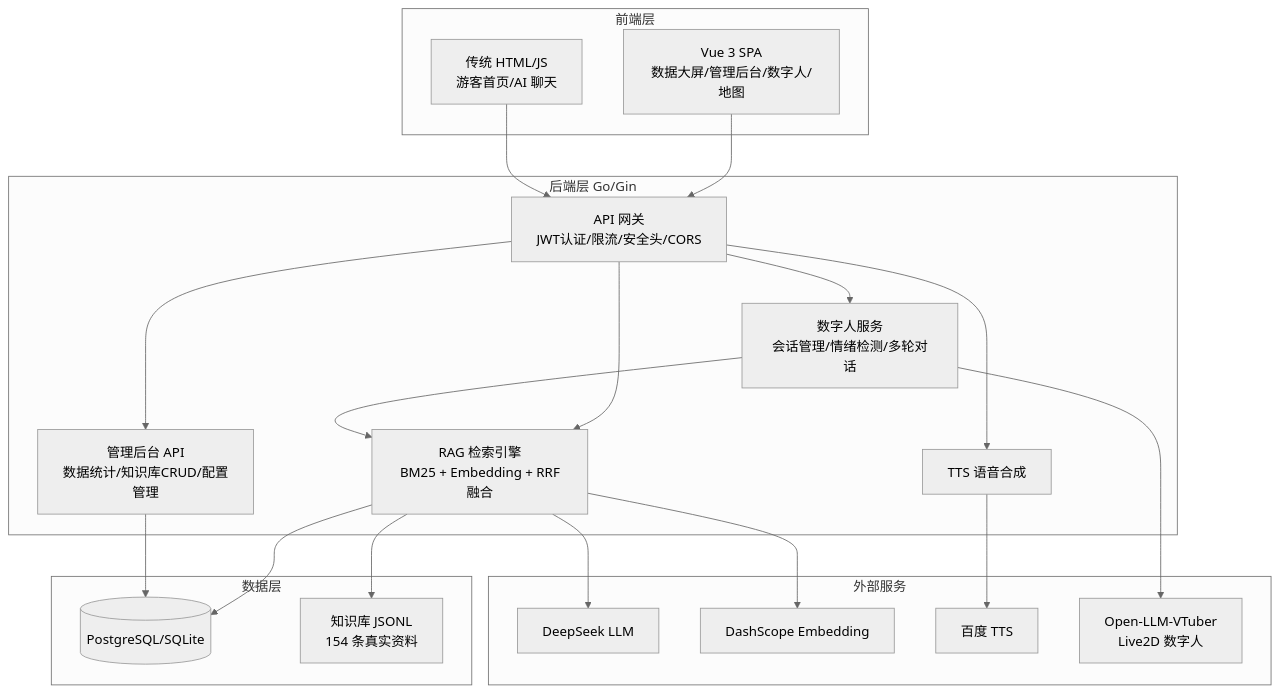
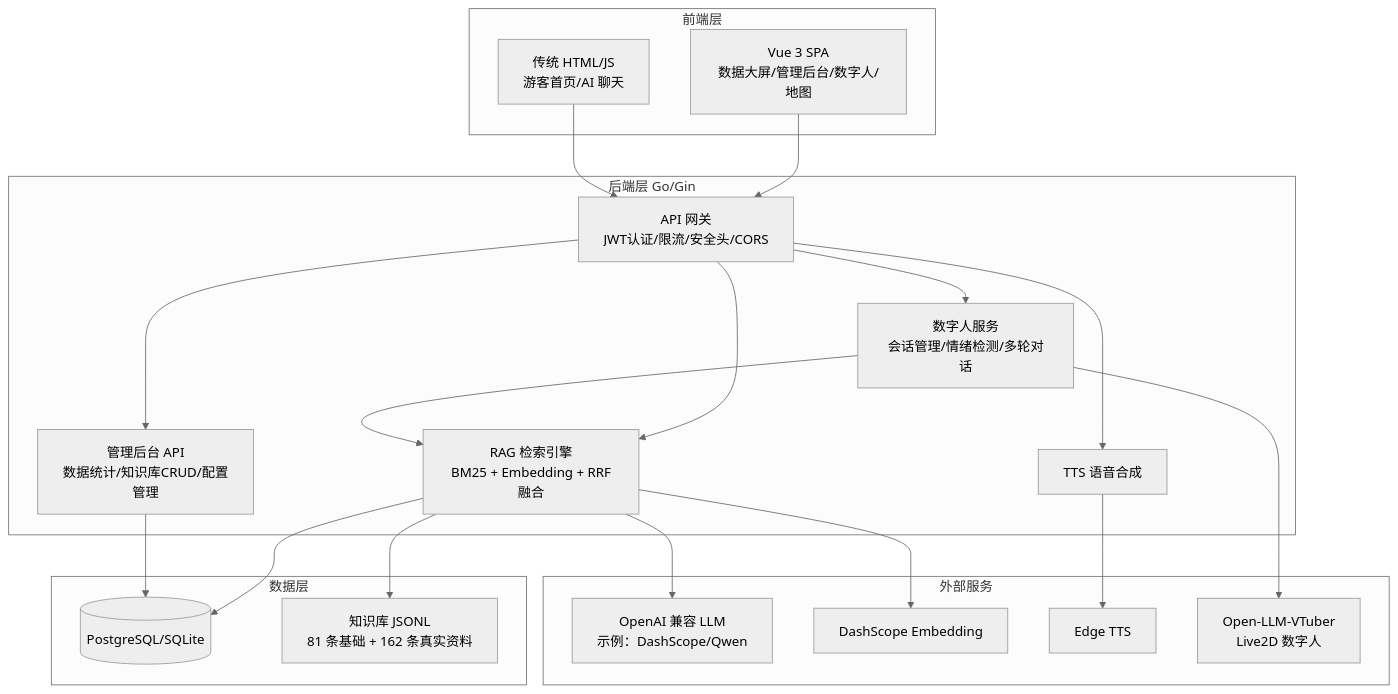
Before and after one commit to 4evour/Scenic_spot_guide_system: the first of 2 diagrams in README.md, drawn with Mermaid (neutral theme). The commit also changed other lines of this file, not shown here.

````diff
--- a/README.md
+++ b/README.md
@@ -9,36 +22,36 @@
 ```mermaid
 graph TB
     subgraph 前端层
         A[Vue 3 SPA<br/>数据大屏/管理后台/数字人/地图]
         B[传统 HTML/JS<br/>游客首页/AI 聊天]
     end
 
     subgraph 后端层 Go/Gin
         C[API 网关<br/>JWT认证/限流/安全头/CORS]
         D[RAG 检索引擎<br/>BM25 + Embedding + RRF融合]
         E[数字人服务<br/>会话管理/情绪检测/多轮对话]
         F[管理后台 API<br/>数据统计/知识库CRUD/配置管理]
         G[TTS 语音合成]
     end
 
     subgraph 数据层
         H[(PostgreSQL/SQLite)]
-        I[知识库 JSONL<br/>154 条真实资料]
+        I[知识库 JSONL<br/>81 条基础 + 162 条真实资料]
     end
 
     subgraph 外部服务
-        J[DeepSeek LLM]
+        J[OpenAI 兼容 LLM<br/>示例：DashScope/Qwen]
         K[DashScope Embedding]
-        L[百度 TTS]
+        L[Edge TTS]
         M[Open-LLM-VTuber<br/>Live2D 数字人]
     end
 
     A & B --> C
     C --> D & E & F & G
     D --> H & I
     D --> J & K
     E --> D
     G --> L
     E --> M
     F --> H
 ```
````
